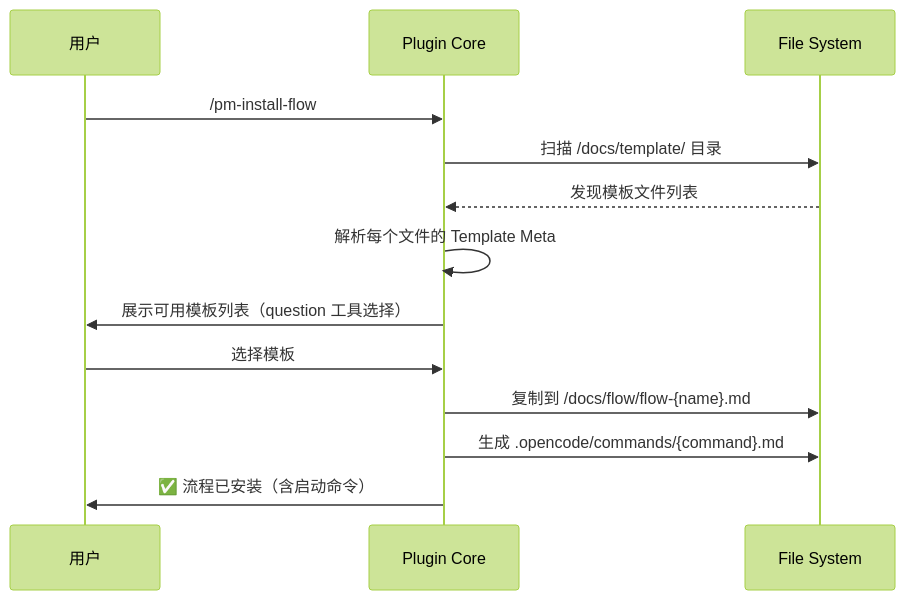
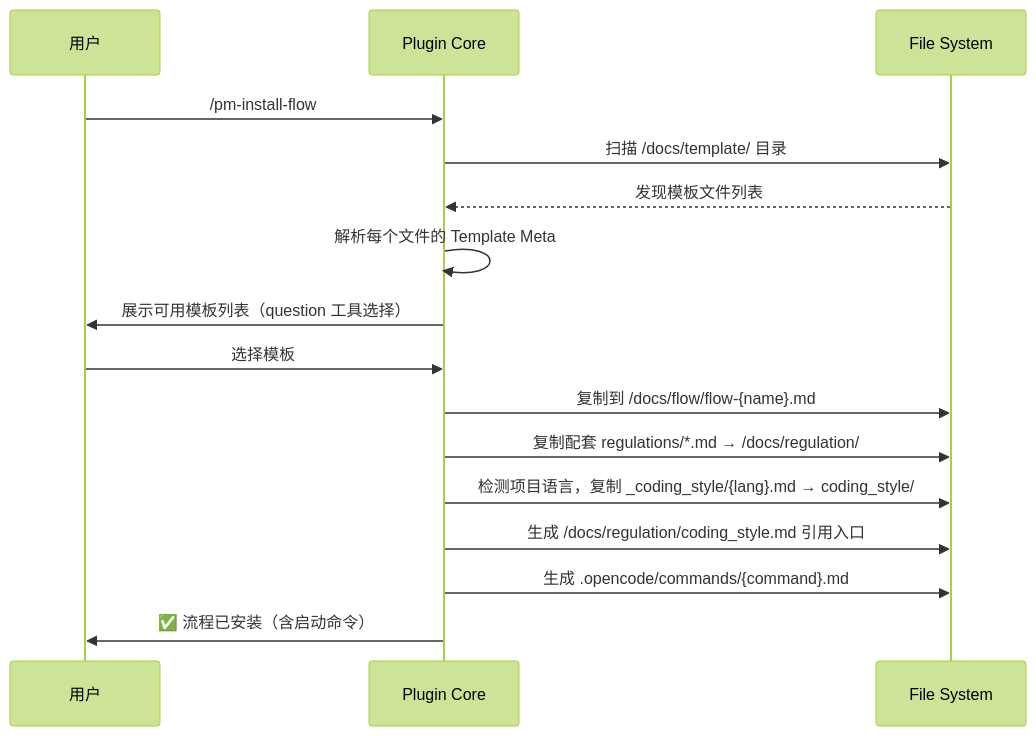
The first of 2 diagrams in docs/spec/vibe-pm-template-manager.md (hank-cp/opencode-vibe-pm), drawn with Mermaid (forest theme) before and after one commit. The commit also changed other lines of this file and 9 other files, not shown here.

````diff
--- a/docs/spec/vibe-pm-template-manager.md
+++ b/docs/spec/vibe-pm-template-manager.md
@@ -52,16 +52,19 @@
 ```mermaid
 sequenceDiagram
     participant User as 用户
     participant Core as Plugin Core
     participant FS as File System
 
     User->>Core: /pm-install-flow
     Core->>FS: 扫描 /docs/template/ 目录
     FS-->>Core: 发现模板文件列表
     Core->>Core: 解析每个文件的 Template Meta
     Core->>User: 展示可用模板列表（question 工具选择）
     User->>Core: 选择模板
     Core->>FS: 复制到 /docs/flow/flow-{name}.md
+    Core->>FS: 复制配套 regulations/*.md → /docs/regulation/
+    Core->>FS: 检测项目语言，复制 _coding_style/{lang}.md → coding_style/
+    Core->>FS: 生成 /docs/regulation/coding_style.md 引用入口
     Core->>FS: 生成 .opencode/commands/{command}.md
     Core->>User: ✅ 流程已安装（含启动命令）
 ```
````
